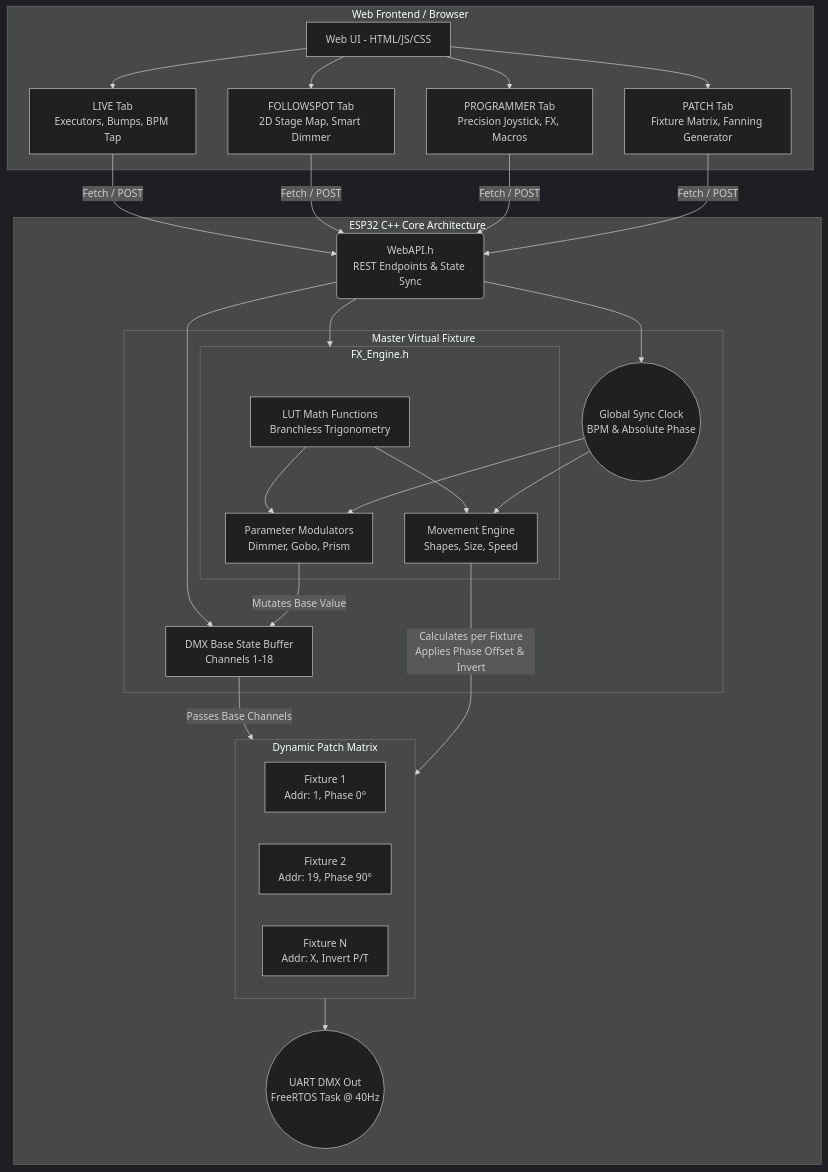
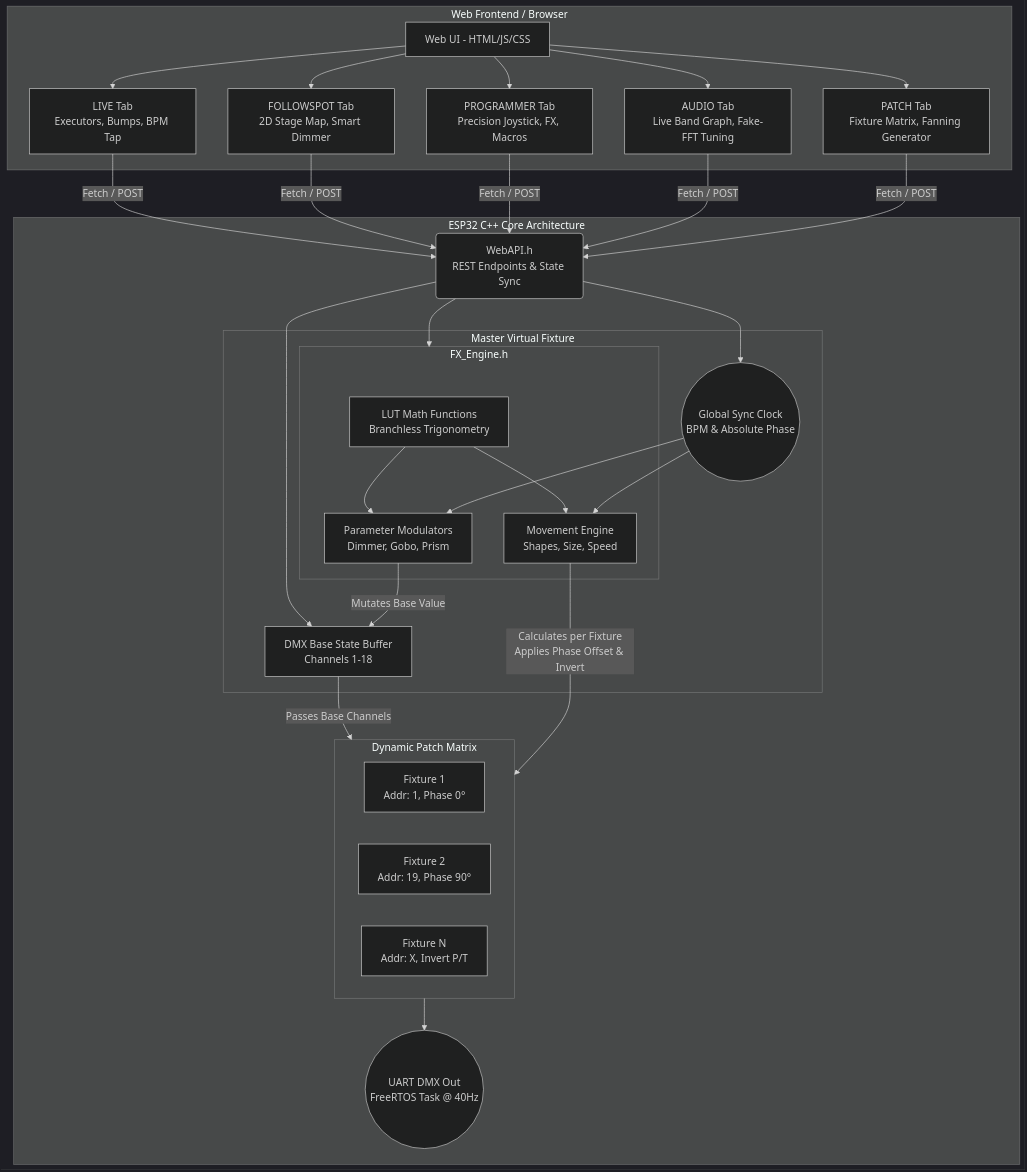
Before and after one commit to doctormord/Standalone-WIFI-ESP32-Moving-Head-Controller: the diagram in README.md, drawn with Mermaid (dark theme). The commit also changed other lines of this file and 8 other files, not shown here.

````diff
--- a/README.md
+++ b/README.md
@@ -53,49 +53,50 @@
 ```mermaid
 graph TD
     subgraph Web_Frontend [Web Frontend / Browser]
         UI[Web UI - HTML/JS/CSS]
         T1[LIVE Tab<br>Executors, Bumps, BPM Tap]
         T2[FOLLOWSPOT Tab<br>2D Stage Map, Smart Dimmer]
         T3[PROGRAMMER Tab<br>Precision Joystick, FX, Macros]
+        T5[AUDIO Tab<br>Live Band Graph, Fake-FFT Tuning]
         T4[PATCH Tab<br>Fixture Matrix, Fanning Generator]
         
-        UI --> T1 & T2 & T3 & T4
+        UI --> T1 & T2 & T3 & T5 & T4
     end
 
     subgraph Core_Architecture [ESP32 C++ Core Architecture]
         API(WebAPI.h<br>REST Endpoints & State Sync)
         
         subgraph Master_Fixture [Master Virtual Fixture]
             SYNC((Global Sync Clock<br>BPM & Absolute Phase))
             DMX[DMX Base State Buffer<br>Channels 1-18]
             
             subgraph FX_Engine [FX_Engine.h]
                 MATH[LUT Math Functions<br>Branchless Trigonometry]
                 LFO[Parameter Modulators<br>Dimmer, Gobo, Prism]
                 MOVE[Movement Engine<br>Shapes, Size, Speed]
                 MATH --> LFO & MOVE
             end
         end
 
         subgraph Patch_Matrix [Dynamic Patch Matrix]
             P1[Fixture 1<br>Addr: 1, Phase 0°]
             P2[Fixture 2<br>Addr: 19, Phase 90°]
             PN[Fixture N<br>Addr: X, Invert P/T]
         end
         
         DMXOUT((UART DMX Out<br>FreeRTOS Task @ 40Hz))
     end
 
-    T1 & T2 & T3 & T4 -->|Fetch / POST| API
+    T1 & T2 & T3 & T5 & T4 -->|Fetch / POST| API
     API --> DMX
     API --> SYNC
     API --> FX_Engine
     
     SYNC --> LFO & MOVE
     LFO -->|Mutates Base Value| DMX
     
     DMX -->|Passes Base Channels| Patch_Matrix
     MOVE -->|Calculates per Fixture<br>Applies Phase Offset & Invert| Patch_Matrix
     
     Patch_Matrix --> DMXOUT
 ```
````
